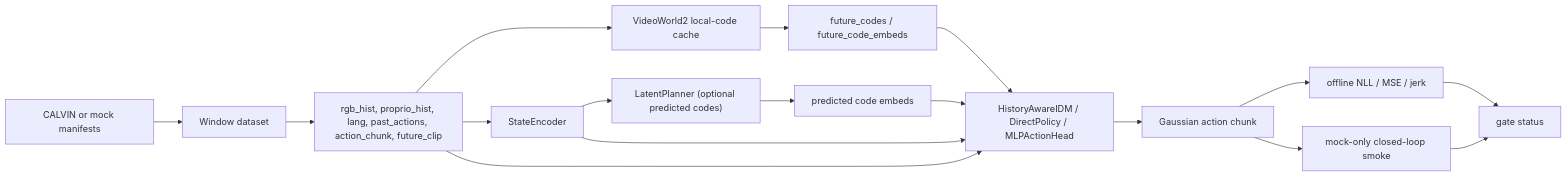
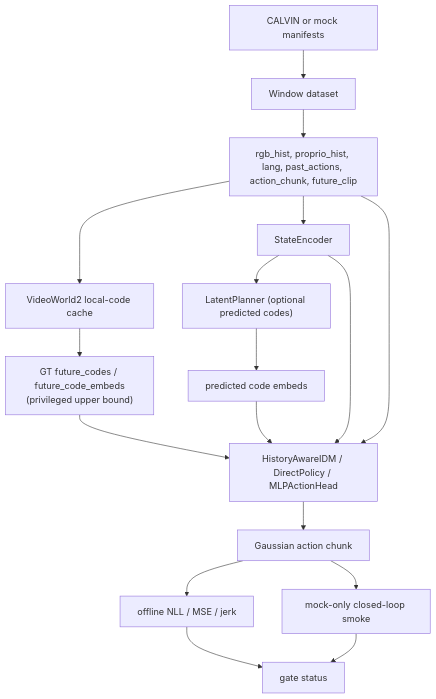
The diagram in docs/architecture/model_pipeline.mmd (YichengDraw/videoworld2-idm-calvin-gate), drawn with Mermaid before and after one commit. The commit also changed 15 other files, not shown here.

```diff
--- a/docs/architecture/model_pipeline.mmd
+++ b/docs/architecture/model_pipeline.mmd
@@ -1,17 +1,17 @@
-flowchart LR
+flowchart TB
   manifest["CALVIN or mock manifests"] --> window["Window dataset"]
   window --> batch["rgb_hist, proprio_hist, lang, past_actions, action_chunk, future_clip"]
   batch --> cache["VideoWorld2 local-code cache"]
-  cache --> future["future_codes / future_code_embeds"]
+  cache --> future["GT future_codes / future_code_embeds<br/>(privileged upper bound)"]
   batch --> state["StateEncoder"]
   state --> planner["LatentPlanner (optional predicted codes)"]
   planner --> pred["predicted code embeds"]
   state --> idm["HistoryAwareIDM / DirectPolicy / MLPActionHead"]
   future --> idm
   pred --> idm
   batch --> idm
   idm --> actions["Gaussian action chunk"]
   actions --> offline["offline NLL / MSE / jerk"]
   actions --> mock["mock-only closed-loop smoke"]
   offline --> status["gate status"]
   mock --> status
```
